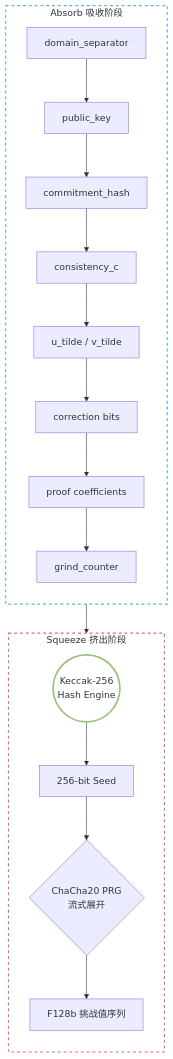
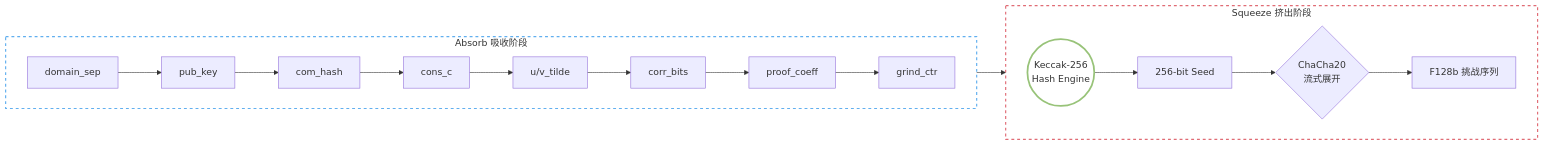
The second of 2 diagrams in src/5_ZK核心证明协议.md (coperlm/CodeBasedZKPwithVOLEitH_README), drawn with Mermaid before and after one commit. The commit also changed 1 other file, not shown here.

Commit message:
修复mermaid

````diff
--- a/src/5_ZK核心证明协议.md
+++ b/src/5_ZK核心证明协议.md
@@ -303,26 +303,21 @@
 ```mermaid
-graph TD
+graph LR
     subgraph Absorb [Absorb 吸收阶段]
-        direction TB
-        A1[domain_separator] --> A2[public_key]
-        A2 --> A3[commitment_hash]
-        A3 --> A4[consistency_c]
-        A4 --> A5[u_tilde / v_tilde]
-        A5 --> A6[correction bits]
-        A6 --> A7[proof coefficients]
-        A7 --> A8[grind_counter]
+        direction LR
+        A1[domain_sep] --> A2[pub_key] --> A3[com_hash] --> A4[cons_c]
+        A4 --> A5[u/v_tilde] --> A6[corr_bits] --> A7[proof_coeff] --> A8[grind_ctr]
     end
 
     A8 --> K((Keccak-256<br>Hash Engine))
 
     subgraph Squeeze [Squeeze 挤出阶段]
-        direction TB
+        direction LR
         K --> S[256-bit Seed]
-        S --> PRG{ChaCha20 PRG<br>流式展开}
-        PRG --> Out[F128b 挑战值序列]
+        S --> PRG{ChaCha20<br>流式展开}
+        PRG --> Out[F128b 挑战序列]
     end
 
     style Absorb fill:none,stroke:#61afef,stroke-width:2px,stroke-dasharray: 5 5
     style Squeeze fill:none,stroke:#e06c75,stroke-width:2px,stroke-dasharray: 5 5
     style K fill:none,stroke:#98c379,stroke-width:3px
 ```
````
